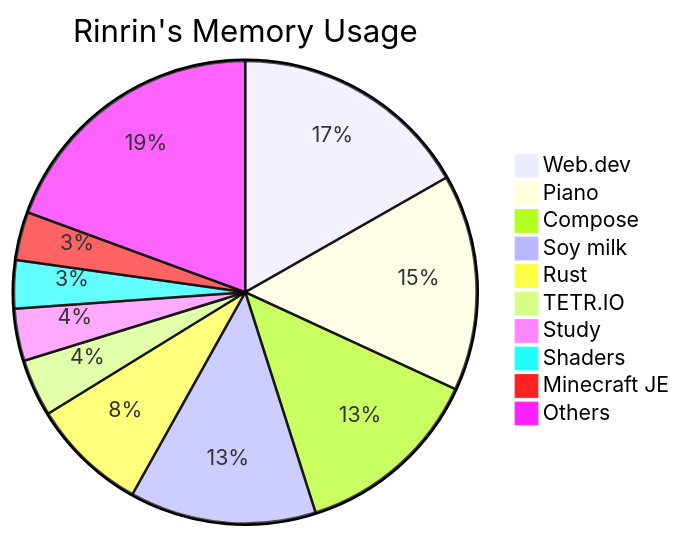
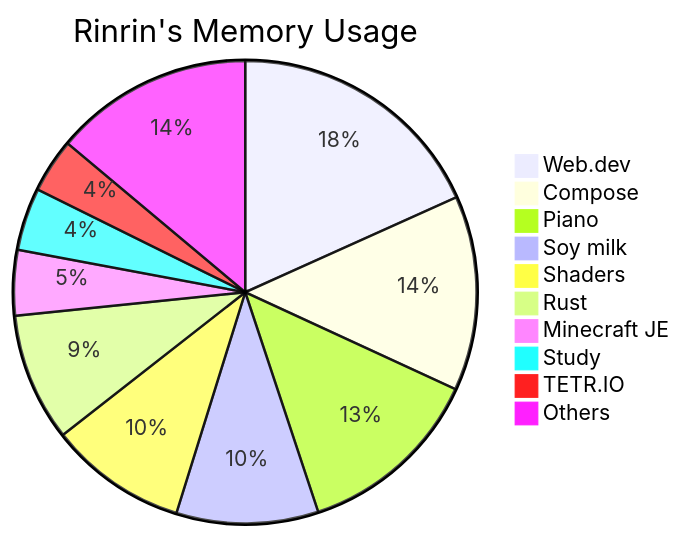
The diagram in README.md (Rinrin0413/Rinrin0413), drawn with Mermaid before and after one commit.

Commit message:
🛠 Update: Rinrin's Memory Usage

````diff
--- a/README.md
+++ b/README.md
@@ -76,13 +76,13 @@
 ```mermaid
 pie title Rinrin's Memory Usage
-    "Web.dev": 184
-    "Piano": 166
-    "Compose": 145
-    "Soy milk": 143
-    "Rust": 89
-    "TETR.IO": 44
-    "Study": 40
-    "Shaders": 37
-    "Minecraft JE": 37
-    "Others": 213
+    "Web.dev": 188
+    "Compose": 140
+    "Piano": 134
+    "Soy milk": 102
+    "Shaders": 99
+    "Rust": 92
+    "Minecraft JE": 47
+    "Study": 45
+    "TETR.IO": 39
+    "Others": 143
 ```
````
